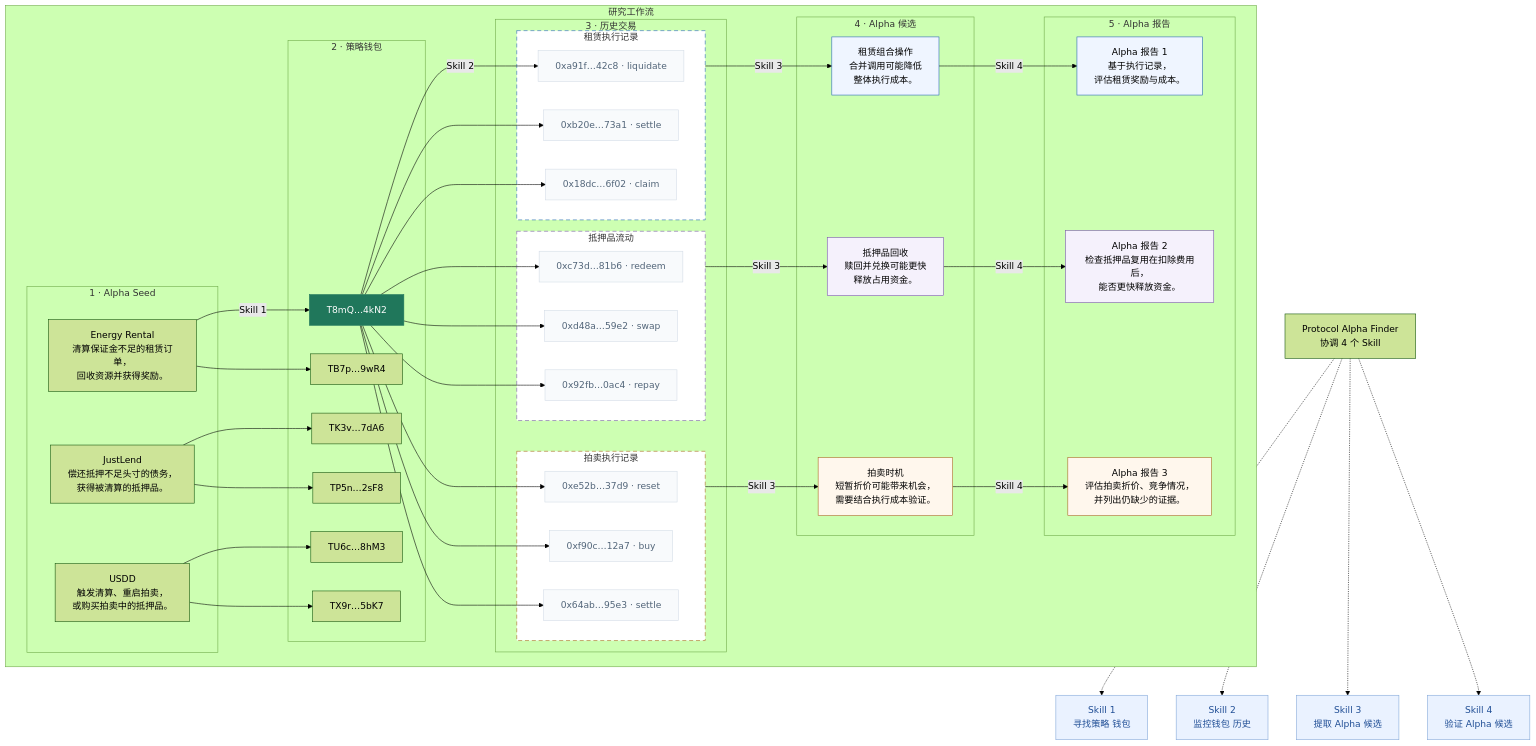
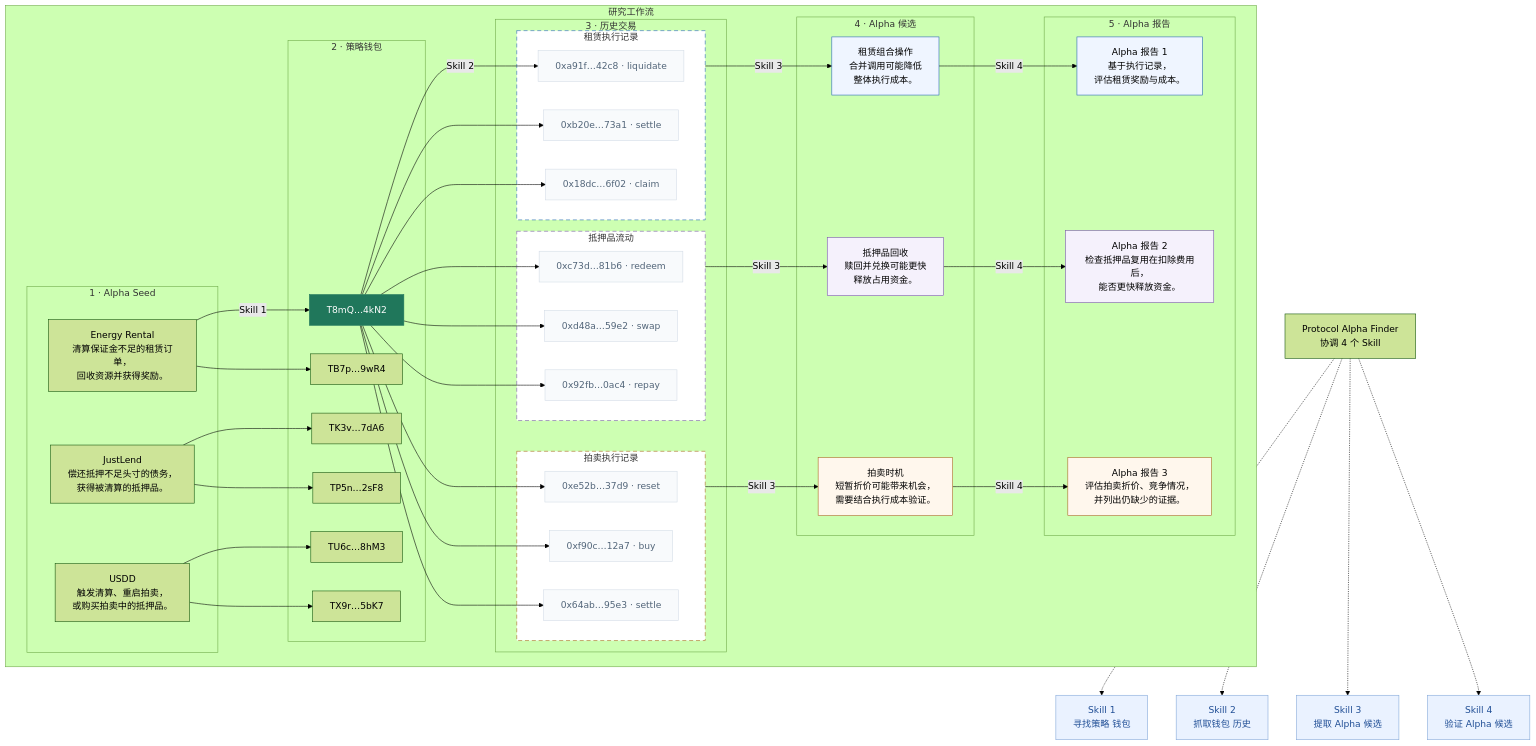
The diagram in docs/diagrams/system-architecture-zh-CN.mmd (qinyh10300/protocol-alpha-finder), drawn with Mermaid (forest theme) before and after one commit. The commit also changed 5 other files, not shown here.

```diff
--- a/docs/diagrams/system-architecture-zh-CN.mmd
+++ b/docs/diagrams/system-architecture-zh-CN.mmd
@@ -1,98 +1,98 @@
 flowchart TB
     subgraph FLOW["研究工作流"]
         direction LR
         subgraph SEEDS["1 · Alpha Seed"]
             SEED0["Energy Rental<br/>清算保证金不足的租赁订单，<br/>回收资源并获得奖励。"]
             SEED1["JustLend<br/>偿还抵押不足头寸的债务，<br/>获得被清算的抵押品。"]
             SEED2["USDD<br/>触发清算、重启拍卖，<br/>或购买拍卖中的抵押品。"]
         end
         subgraph WALLETS["2 · 策略钱包"]
             WALLET0["T8mQ…4kN2"]
             WALLET1["TB7p…9wR4"]
             WALLET2["TK3v…7dA6"]
             WALLET3["TP5n…2sF8"]
             WALLET4["TU6c…8hM3"]
             WALLET5["TX9r…5bK7"]
         end
         subgraph HISTORYS["3 · 历史交易"]
             subgraph HISTORY0["租赁执行记录"]
                 TX00["0xa91f…42c8 · liquidate"]
                 TX01["0xb20e…73a1 · settle"]
                 TX02["0x18dc…6f02 · claim"]
             end
             subgraph HISTORY1["抵押品流动"]
                 TX10["0xc73d…81b6 · redeem"]
                 TX11["0xd48a…59e2 · swap"]
                 TX12["0x92fb…0ac4 · repay"]
             end
             subgraph HISTORY2["拍卖执行记录"]
                 TX20["0xe52b…37d9 · reset"]
                 TX21["0xf90c…12a7 · buy"]
                 TX22["0x64ab…95e3 · settle"]
             end
         end
         subgraph CANDIDATES["4 · Alpha 候选"]
             CANDIDATE0["租赁组合操作<br/>合并调用可能降低<br/>整体执行成本。"]
             CANDIDATE1["抵押品回收<br/>赎回并兑换可能更快<br/>释放占用资金。"]
             CANDIDATE2["拍卖时机<br/>短暂折价可能带来机会，<br/>需要结合执行成本验证。"]
         end
         subgraph REPORTS["5 · Alpha 报告"]
             REPORT0["Alpha 报告 1<br/>基于执行记录，<br/>评估租赁奖励与成本。"]
             REPORT1["Alpha 报告 2<br/>检查抵押品复用在扣除费用后，<br/>能否更快释放资金。"]
             REPORT2["Alpha 报告 3<br/>评估拍卖折价、竞争情况，<br/>并列出仍缺少的证据。"]
         end
         SEED0 -->|Skill 1| WALLET0
         SEED0 --> WALLET1
         SEED1 --> WALLET2
         SEED1 --> WALLET3
         SEED2 --> WALLET4
         SEED2 --> WALLET5
         WALLET0 -->|Skill 2| TX00
         WALLET0 --> TX01
         WALLET0 --> TX02
         WALLET0 --> TX10
         WALLET0 --> TX11
         WALLET0 --> TX12
         WALLET0 --> TX20
         WALLET0 --> TX21
         WALLET0 --> TX22
         HISTORY0 -->|Skill 3| CANDIDATE0
         HISTORY1 -->|Skill 3| CANDIDATE1
         HISTORY2 -->|Skill 3| CANDIDATE2
         CANDIDATE0 -->|Skill 4| REPORT0
         CANDIDATE1 -->|Skill 4| REPORT1
         CANDIDATE2 -->|Skill 4| REPORT2
     end
     S1["Skill 1<br/>寻找策略 钱包"]
-    S2["Skill 2<br/>监控钱包 历史"]
+    S2["Skill 2<br/>抓取钱包 历史"]
     S3["Skill 3<br/>提取 Alpha 候选"]
     S4["Skill 4<br/>验证 Alpha 候选"]
     COORD["Protocol Alpha Finder<br/>协调 4 个 Skill"]
     COORD -.-> S1
     COORD -.-> S2
     COORD -.-> S3
     COORD -.-> S4
     style WALLET0 fill:#20775b,stroke:#20775b,color:#ffffff
     style S1 fill:#eaf2ff,stroke:#83a8d8,color:#214f96
     style S2 fill:#eaf2ff,stroke:#83a8d8,color:#214f96
     style S3 fill:#eaf2ff,stroke:#83a8d8,color:#214f96
     style S4 fill:#eaf2ff,stroke:#83a8d8,color:#214f96
     style HISTORY0 fill:#ffffff,stroke:#2563b8,stroke-dasharray:7 5
     style CANDIDATE0 fill:#eff5ff,stroke:#2563b8
     style REPORT0 fill:#eff5ff,stroke:#2563b8
     style TX00 fill:#f8fafc,stroke:#d3dce6,color:#526579
     style TX01 fill:#f8fafc,stroke:#d3dce6,color:#526579
     style TX02 fill:#f8fafc,stroke:#d3dce6,color:#526579
     style HISTORY1 fill:#ffffff,stroke:#7953ad,stroke-dasharray:7 5
     style CANDIDATE1 fill:#f5f1fc,stroke:#7953ad
     style REPORT1 fill:#f5f1fc,stroke:#7953ad
     style TX10 fill:#f8fafc,stroke:#d3dce6,color:#526579
     style TX11 fill:#f8fafc,stroke:#d3dce6,color:#526579
     style TX12 fill:#f8fafc,stroke:#d3dce6,color:#526579
     style HISTORY2 fill:#ffffff,stroke:#a8661e,stroke-dasharray:7 5
     style CANDIDATE2 fill:#fff7ed,stroke:#a8661e
     style REPORT2 fill:#fff7ed,stroke:#a8661e
     style TX20 fill:#f8fafc,stroke:#d3dce6,color:#526579
     style TX21 fill:#f8fafc,stroke:#d3dce6,color:#526579
     style TX22 fill:#f8fafc,stroke:#d3dce6,color:#526579
-    %% 地址、交易与报告内容均为方法示意。选中钱包连接到监控的交易记录，三组虚线标出的证据分别支持三个候选假设。Skill 4 验证每个候选并生成各自的 Alpha 报告。Protocol Alpha Finder 统一协调四个操作。监控目前通过手动发起采集与复查完成，并记录历史覆盖情况。
+    %% 地址、交易与报告内容均为方法示意。Skill 2 抓取选中钱包的历史交易，三组虚线标出的证据分别支持三个候选假设。Skill 4 验证每个候选并生成各自的 Alpha 报告。Protocol Alpha Finder 统一协调四个操作。采集与复查由手动发起，并记录历史覆盖情况。
```
